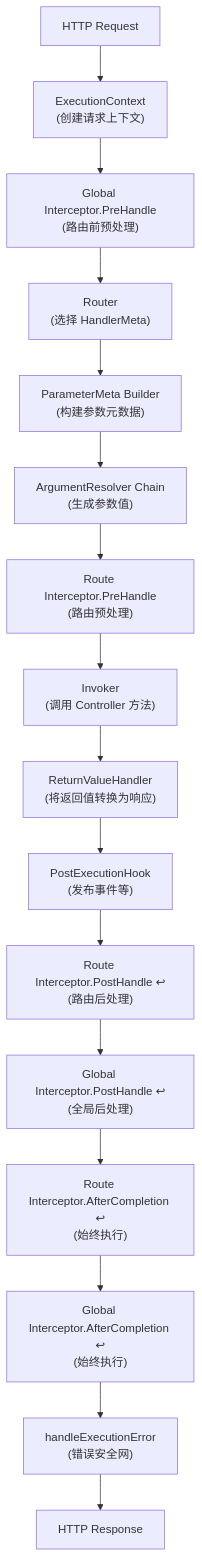
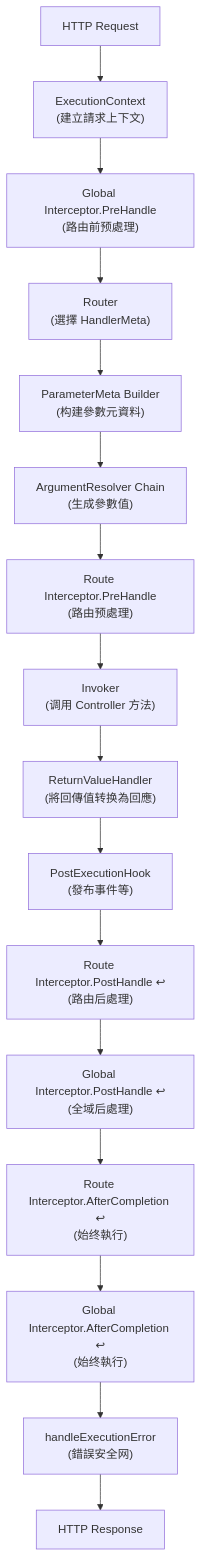
Before and after one commit to NARUBROWN/spine-site: the diagram in docs/zh-Hant/learn/core-concepts/pipeline.md, drawn with Mermaid. The commit also changed other lines of this file and 15 other files, not shown here.

````diff
--- a/docs/zh-Hant/learn/core-concepts/pipeline.md
+++ b/docs/zh-Hant/learn/core-concepts/pipeline.md
@@ -11,36 +11,36 @@
 ```mermaid
 graph TD
     Request["HTTP Request"]
 
-    ExecutionContext["ExecutionContext<br>(创建请求上下文)"]
-    GlobalPre["Global Interceptor.PreHandle<br>(路由前预处理)"]
-    Router["Router<br>(选择 HandlerMeta)"]
-    ParamMeta["ParameterMeta Builder<br>(构建参数元数据)"]
-    ArgResolver["ArgumentResolver Chain<br>(生成参数值)"]
-    RoutePre["Route Interceptor.PreHandle<br>(路由预处理)"]
+    ExecutionContext["ExecutionContext<br>(建立請求上下文)"]
+    GlobalPre["Global Interceptor.PreHandle<br>(路由前预處理)"]
+    Router["Router<br>(選擇 HandlerMeta)"]
+    ParamMeta["ParameterMeta Builder<br>(构建參數元資料)"]
+    ArgResolver["ArgumentResolver Chain<br>(生成參數值)"]
+    RoutePre["Route Interceptor.PreHandle<br>(路由预處理)"]
     Invoker["Invoker<br>(调用 Controller 方法)"]
-    ReturnHandler["ReturnValueHandler<br>(将返回值转换为响应)"]
-    PostHook["PostExecutionHook<br>(发布事件等)"]
-    RoutePost["Route Interceptor.PostHandle ↩<br>(路由后处理)"]
-    GlobalPost["Global Interceptor.PostHandle ↩<br>(全局后处理)"]
-    RouteAfter["Route Interceptor.AfterCompletion ↩<br>(始终执行)"]
-    GlobalAfter["Global Interceptor.AfterCompletion ↩<br>(始终执行)"]
-    ErrorHandler["handleExecutionError<br>(错误安全网)"]
+    ReturnHandler["ReturnValueHandler<br>(將回傳值转换為回應)"]
+    PostHook["PostExecutionHook<br>(發布事件等)"]
+    RoutePost["Route Interceptor.PostHandle ↩<br>(路由后處理)"]
+    GlobalPost["Global Interceptor.PostHandle ↩<br>(全域后處理)"]
+    RouteAfter["Route Interceptor.AfterCompletion ↩<br>(始终執行)"]
+    GlobalAfter["Global Interceptor.AfterCompletion ↩<br>(始终執行)"]
+    ErrorHandler["handleExecutionError<br>(錯誤安全网)"]
     Response["HTTP Response"]
 
     Request --> ExecutionContext
     ExecutionContext --> GlobalPre
     GlobalPre --> Router
     Router --> ParamMeta
     ParamMeta --> ArgResolver
     ArgResolver --> RoutePre
     RoutePre --> Invoker
     Invoker --> ReturnHandler
     ReturnHandler --> PostHook
     PostHook --> RoutePost
     RoutePost --> GlobalPost
     GlobalPost --> RouteAfter
     RouteAfter --> GlobalAfter
     GlobalAfter --> ErrorHandler
     ErrorHandler --> Response
 ```
````
